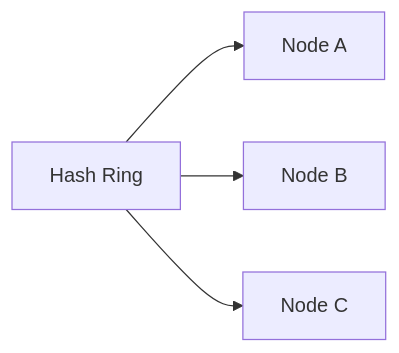
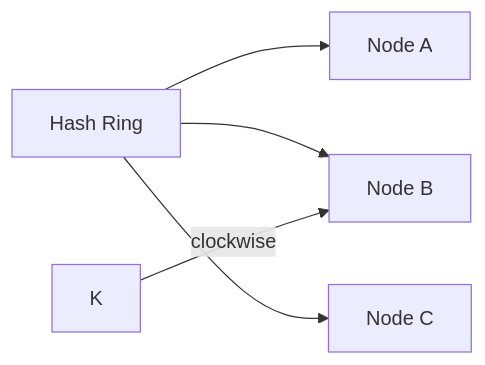
The ninth of 29 diagrams in 05-distributed-databases/README.md (hareramcse/SystemDesign), drawn with Mermaid before and after one commit. The commit also changed other lines of this file and 15 other files, not shown here.

````diff
--- a/05-distributed-databases/README.md
+++ b/05-distributed-databases/README.md
@@ -137,6 +448,7 @@
 ```mermaid
 flowchart LR
     Ring[Hash Ring] --> N1[Node A]
     Ring --> N2[Node B]
     Ring --> N3[Node C]
+    Key[K] -->|clockwise| N2
 ```
````
